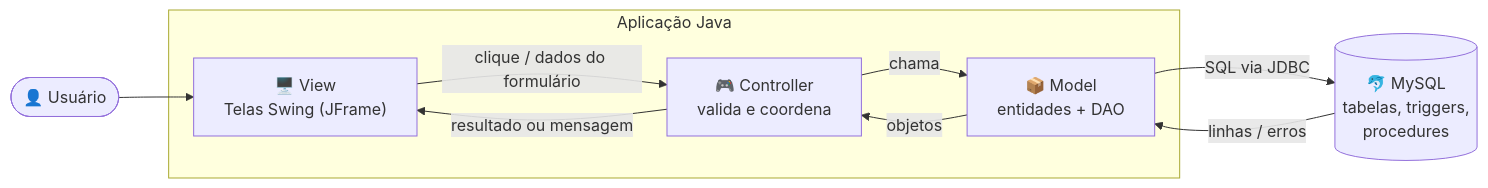
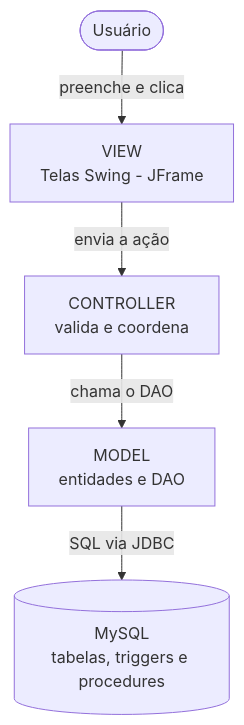
Before and after one commit to Matheus-Souza-Silva/POO-Trabalho-Final: the first of 3 diagrams in README.md, drawn with Mermaid. The commit also changed other lines of this file and 1 other file, not shown here.

````diff
--- a/README.md
+++ b/README.md
@@ -82,15 +82,13 @@
 ```mermaid
-flowchart LR
-    U(["👤 Usuário"]) --> V
-    subgraph App["Aplicação Java"]
-        V["🖥️ View<br/>Telas Swing (JFrame)"]
-        C["🎮 Controller<br/>valida e coordena"]
-        M["📦 Model<br/>entidades + DAO"]
-    end
-    V -- "clique / dados do formulário" --> C
-    C -- "chama" --> M
-    M -- "SQL via JDBC" --> DB[("🐬 MySQL<br/>tabelas, triggers,<br/>procedures")]
-    DB -- "linhas / erros" --> M
-    M -- "objetos" --> C
-    C -- "resultado ou mensagem" --> V
+flowchart TD
+    U(["Usuário"])
+    V["VIEW<br/>Telas Swing - JFrame"]
+    C["CONTROLLER<br/>valida e coordena"]
+    M["MODEL<br/>entidades e DAO"]
+    DB[("MySQL<br/>tabelas, triggers e procedures")]
+
+    U -->|"preenche e clica"| V
+    V -->|"envia a ação"| C
+    C -->|"chama o DAO"| M
+    M -->|"SQL via JDBC"| DB
 ```
````
